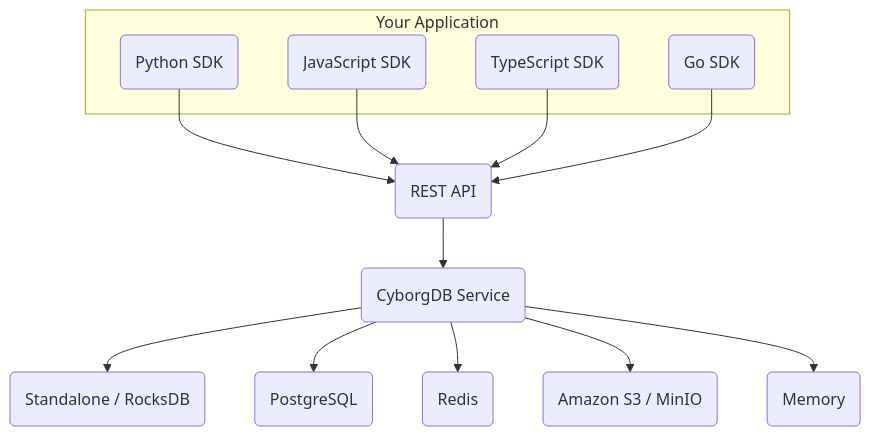
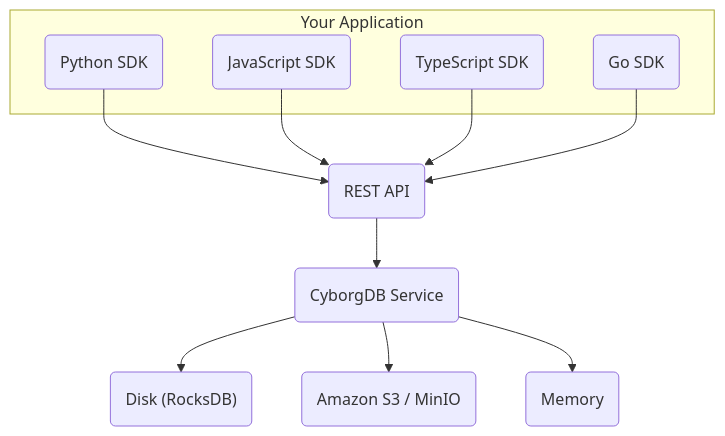
Before and after one commit to cyborginc/cyborgdb-docs: the diagram in versions/v0.17.x/service/guides/intro/about.mdx, drawn with Mermaid. The commit also changed other lines of this file and 10 other files, not shown here.

````diff
--- a/versions/v0.17.x/service/guides/intro/about.mdx
+++ b/versions/v0.17.x/service/guides/intro/about.mdx
@@ -105,29 +105,25 @@
 ```mermaid
 flowchart TB
   subgraph Your_Applications [Your Application]
     PythonSDK("Python SDK")
     JSSDK("JavaScript SDK")
     TSSDK("TypeScript SDK")
     GoSDK("Go SDK")
   end
 
   PythonSDK --> RESTAPI
   JSSDK --> RESTAPI
   TSSDK --> RESTAPI
   GoSDK --> RESTAPI
 
   RESTAPI("REST API")
   RESTAPI --> CyborgDB("CyborgDB Service")
 
-  CyborgDB --> Standalone
-  CyborgDB --> PostgreSQL
-  CyborgDB --> Redis
+  CyborgDB --> Disk
   CyborgDB --> S3
   CyborgDB --> Memory
 
-  Standalone("Standalone / RocksDB")
-  PostgreSQL("PostgreSQL")
-  Redis("Redis")
+  Disk("Disk (RocksDB)")
   S3("Amazon S3 / MinIO")
   Memory("Memory")
 ```
````
